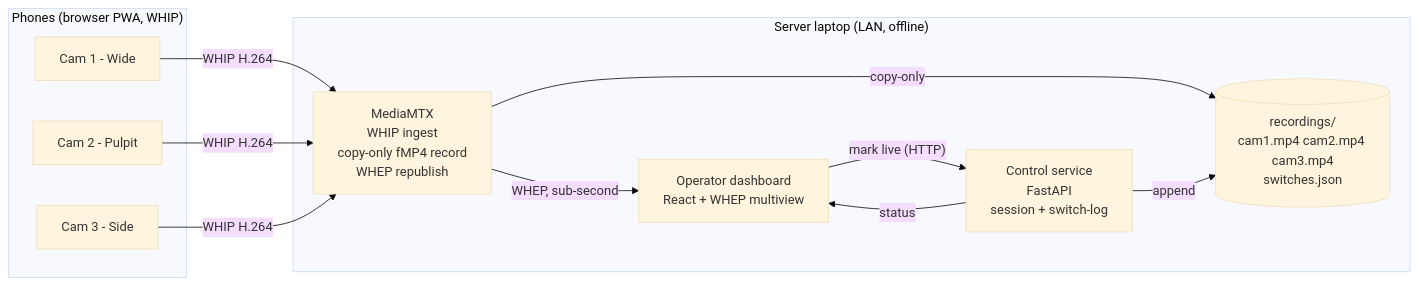
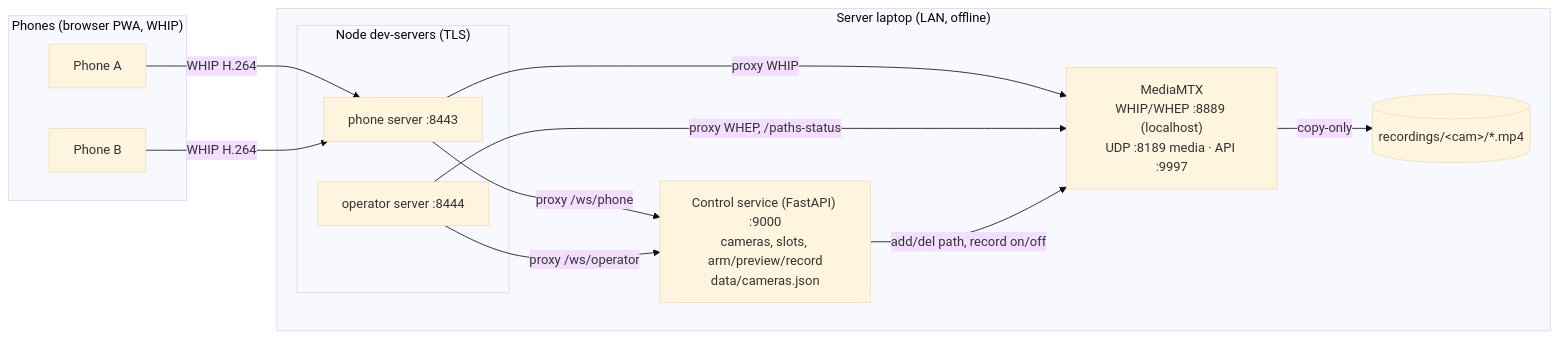
One commit to NicolaasGrobler/idle-stream changed the diagram in plan.md. Above: the diagram before and after it, drawn with Mermaid (base theme). The commit also changed other lines of this file and 8 other files, not shown here.

````diff
--- a/plan.md
+++ b/plan.md
@@ -46,26 +30,26 @@
 ```mermaid
 graph LR
   subgraph Phones["Phones (browser PWA, WHIP)"]
-    P1[Cam 1 - Wide]
-    P2[Cam 2 - Pulpit]
-    P3[Cam 3 - Side]
+    P1[Phone A]
+    P2[Phone B]
   end
 
-  subgraph Server["Server laptop (LAN, offline)"]
-    MMTX["MediaMTX<br/>WHIP ingest<br/>copy-only fMP4 record<br/>WHEP republish"]
-    CTRL["Control service<br/>FastAPI<br/>session + switch-log"]
-    DASH["Operator dashboard<br/>React + WHEP multiview"]
-    DISK[("recordings/<br/>cam1.mp4 cam2.mp4 cam3.mp4<br/>switches.json")]
+  subgraph Laptop["Server laptop (LAN, offline)"]
+    subgraph Edge["Node dev-servers (TLS)"]
+      D1["phone server :8443"]
+      D2["operator server :8444"]
+    end
+    CTRL["Control service (FastAPI) :9000<br/>cameras, slots, arm/preview/record<br/>data/cameras.json"]
+    MMTX["MediaMTX<br/>WHIP/WHEP :8889 (localhost)<br/>UDP :8189 media · API :9997"]
+    DISK[("recordings/&lt;cam&gt;/*.mp4")]
   end
 
-  P1 -->|WHIP H.264| MMTX
-  P2 -->|WHIP H.264| MMTX
-  P3 -->|WHIP H.264| MMTX
-
+  P1 -->|WHIP H.264| D1
+  P2 -->|WHIP H.264| D1
+  D1 -->|proxy WHIP| MMTX
+  D1 -->|proxy /ws/phone| CTRL
+  D2 -->|proxy WHEP, /paths-status| MMTX
+  D2 -->|proxy /ws/operator| CTRL
+  CTRL -->|add/del path, record on/off| MMTX
   MMTX -->|copy-only| DISK
-  MMTX -->|WHEP, sub-second| DASH
-
-  DASH -->|"mark live (HTTP)"| CTRL
-  CTRL -->|append| DISK
-  CTRL -->|status| DASH
 ```
````
